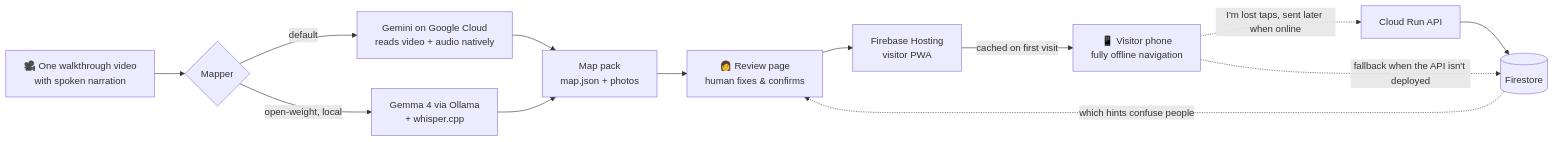
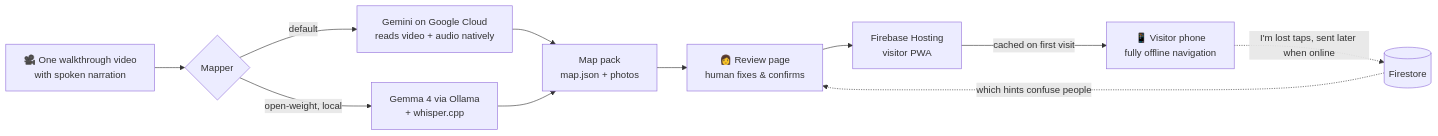
Before and after one commit to ashutoshgautams/lantern: the diagram in README.md, drawn with Mermaid. The commit also changed other lines of this file and 10 other files, not shown here.

First line of the commit message:
Remove Cloud Run: feedback goes straight to Firestore

````diff
--- a/README.md
+++ b/README.md
@@ -21,15 +21,13 @@
 ```mermaid
 flowchart LR
   V[🎥 One walkthrough video<br/>with spoken narration] --> M{Mapper}
   M -->|default| G[Gemini on Google Cloud<br/>reads video + audio natively]
   M -->|open-weight, local| GM[Gemma 4 via Ollama<br/>+ whisper.cpp]
   G --> P[Map pack<br/>map.json + photos]
   GM --> P
   P --> R[👩 Review page<br/>human fixes & confirms]
   R --> H[Firebase Hosting<br/>visitor PWA]
   H -->|cached on first visit| PH[📱 Visitor phone<br/>fully offline navigation]
-  PH -.->|"I'm lost" taps, sent later when online| CR[Cloud Run API]
-  CR --> FS[(Firestore)]
-  PH -.->|fallback when the API isn't deployed| FS
+  PH -.->|"I'm lost" taps, sent later when online| FS[(Firestore)]
   FS -.->|which hints confuse people| R
 ```
````
